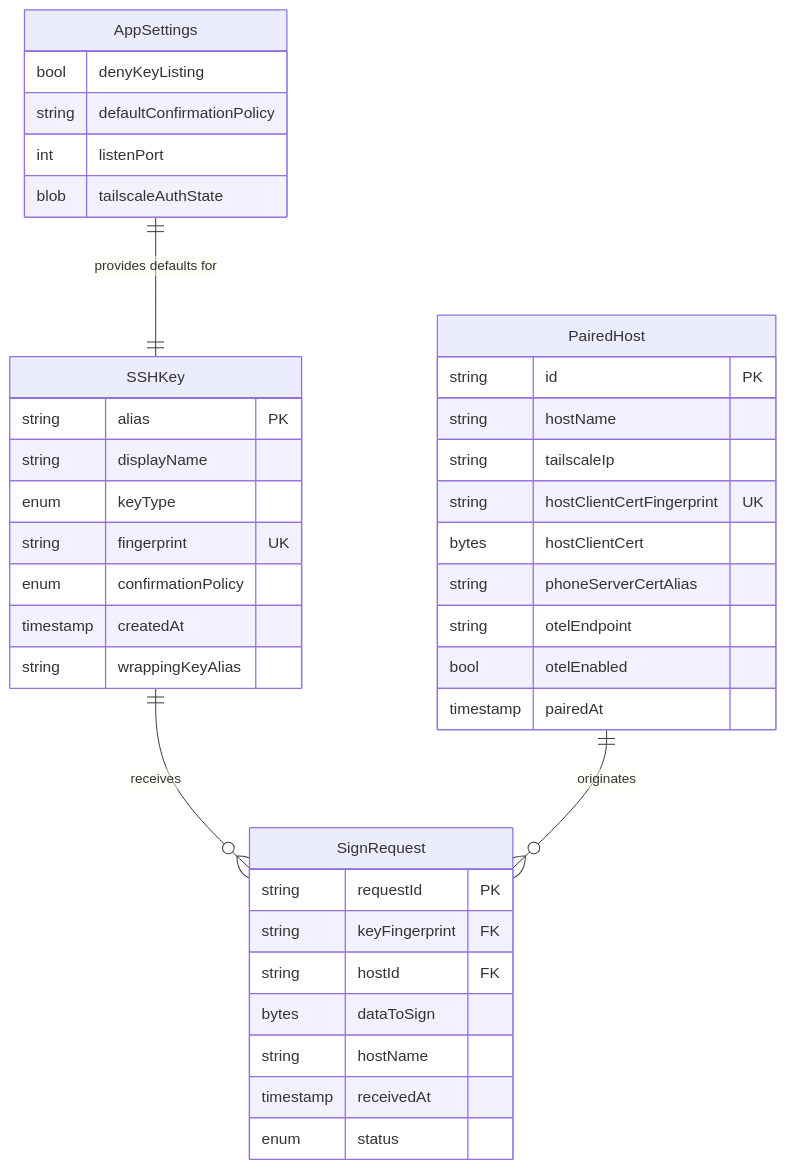
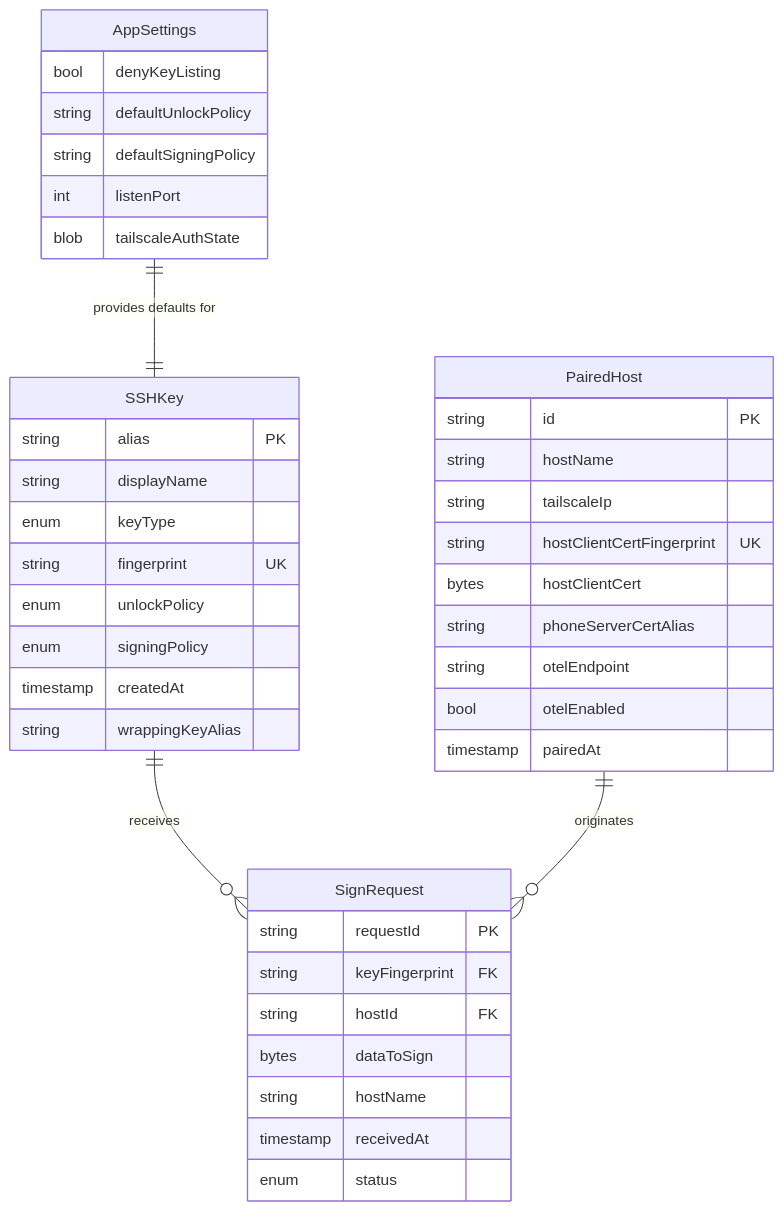
Before and after one commit to mmmaxwwwell/nix-key: the second of 3 diagrams in specs/nix-key/data-model.md, drawn with Mermaid. The commit also changed other lines of this file and 2 other files, not shown here.

First line of the commit message:
docs(T094): replace confirmation policy with unlock/signing two-policy model

````diff
--- a/specs/nix-key/data-model.md
+++ b/specs/nix-key/data-model.md
@@ -58,45 +58,47 @@
 ```mermaid
 erDiagram
     SSHKey ||--o{ SignRequest : "receives"
     PairedHost ||--o{ SignRequest : "originates"
     AppSettings ||--|| SSHKey : "provides defaults for"
 
     SSHKey {
         string alias PK
         string displayName
         enum keyType
         string fingerprint UK
-        enum confirmationPolicy
+        enum unlockPolicy
+        enum signingPolicy
         timestamp createdAt
         string wrappingKeyAlias
     }
 
     PairedHost {
         string id PK
         string hostName
         string tailscaleIp
         string hostClientCertFingerprint UK
         bytes hostClientCert
         string phoneServerCertAlias
         string otelEndpoint
         bool otelEnabled
         timestamp pairedAt
     }
 
     SignRequest {
         string requestId PK
         string keyFingerprint FK
         string hostId FK
         bytes dataToSign
         string hostName
         timestamp receivedAt
         enum status
     }
 
     AppSettings {
         bool denyKeyListing
-        string defaultConfirmationPolicy
+        string defaultUnlockPolicy
+        string defaultSigningPolicy
         int listenPort
         blob tailscaleAuthState
     }
 ```
````
